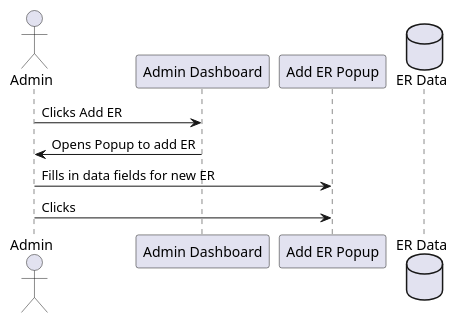
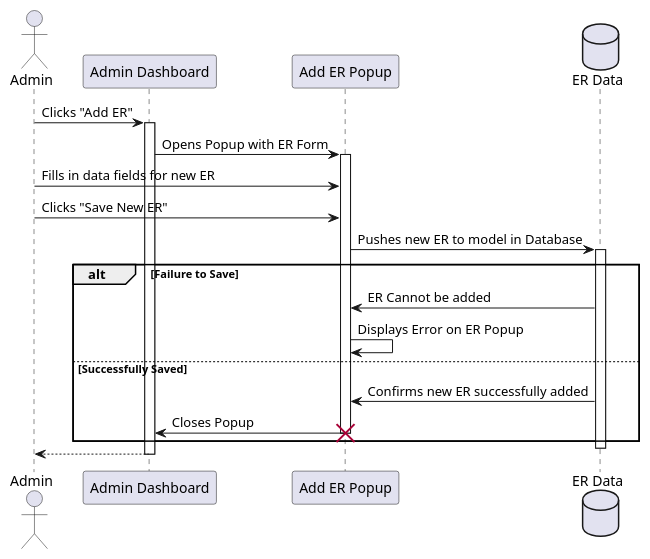
Before and after one commit to SENG-350-2024-fall/Group2: the diagram in milestone_2/MattDiagrams/admin_sequence.puml, drawn with PlantUML. The commit also changed 2 other files, not shown here.

Commit message:
Admin Diagrams

```diff
--- a/milestone_2/MattDiagrams/admin_sequence.puml
+++ b/milestone_2/MattDiagrams/admin_sequence.puml
@@ -1,15 +1,32 @@
 @startuml
 
 actor       Admin as A
 participant "Admin Dashboard" as Dash
 participant "Add ER Popup" as Popup
 database    "ER Data" as DB
 
 
-A -> Dash: Clicks Add ER
-Dash -> A : Opens Popup to add ER
+A -> Dash : Clicks "Add ER"
+activate Dash
+Dash -> Popup : Opens Popup with ER Form
+activate Popup
 A -> Popup : Fills in data fields for new ER
-A -> Popup : Clicks 
+A -> Popup : Clicks "Save New ER"
+Popup -> DB : Pushes new ER to model in Database
+activate DB
+alt Failure to Save
+    DB -> Popup : ER Cannot be added
+    Popup -> Popup : Displays Error on ER Popup
+else Successfully Saved
+    DB -> Popup : Confirms new ER successfully added
+    Popup -> Dash : Closes Popup
+    destroy Popup
+    end
+    
+deactivate DB
+
+Dash --> A
+deactivate Dash
 
 
 @enduml
```
